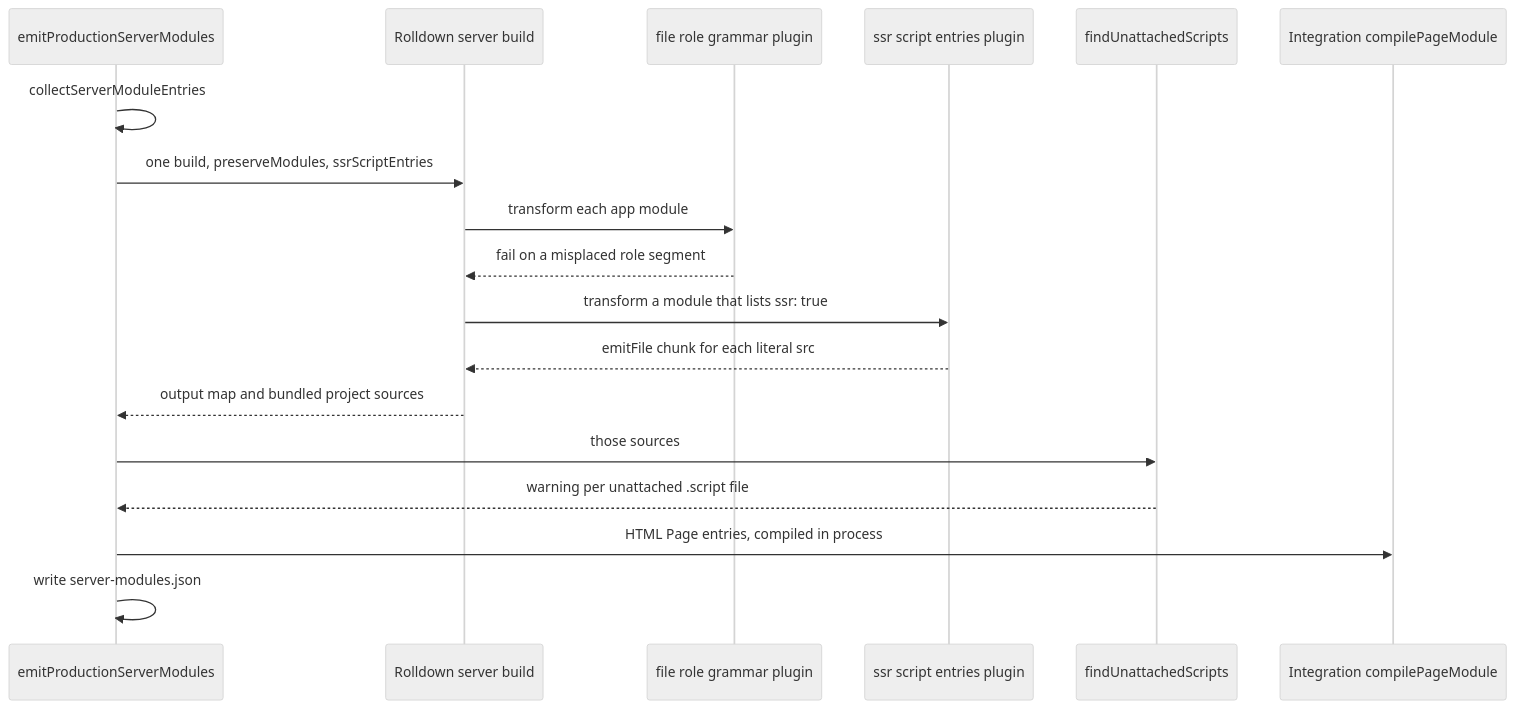
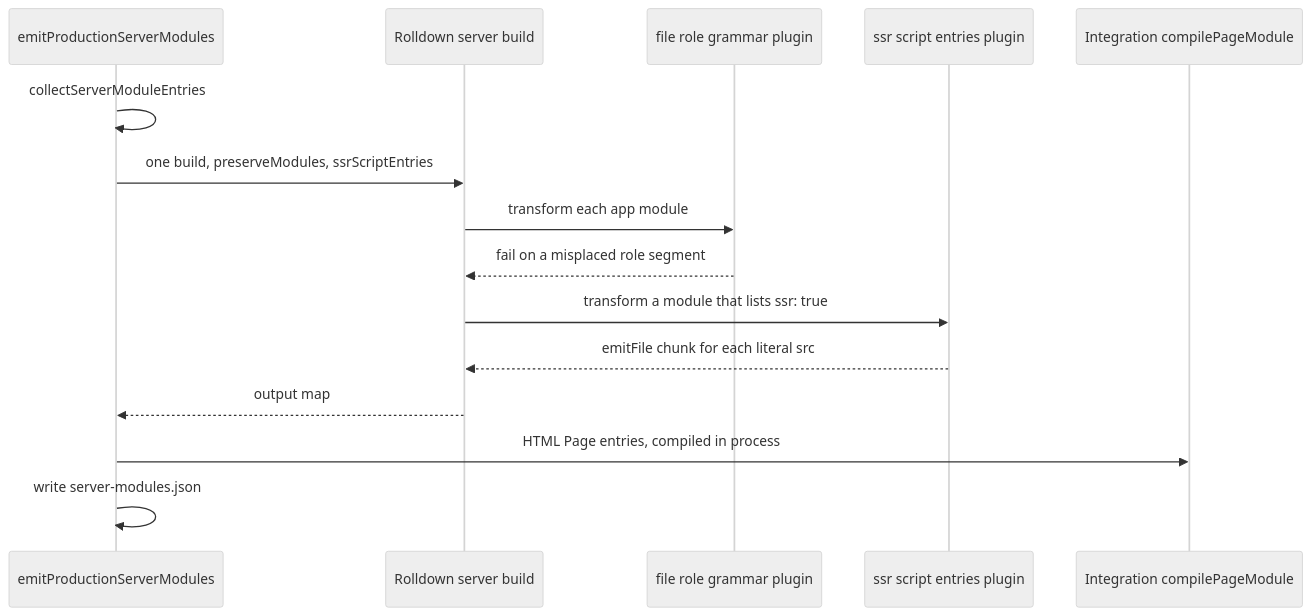
One commit to ecopages/ecopages changed the second of 6 diagrams in apps/docs/src/content/dev/build-pipeline.mdx. Above: the diagram before and after it, drawn with Mermaid (neutral theme). The commit also changed other lines of this file and 15 other files, not shown here.

First line of the commit message:
chore: remove the unattached script warning and tidy workspace config

````diff
--- a/apps/docs/src/content/dev/build-pipeline.mdx
+++ b/apps/docs/src/content/dev/build-pipeline.mdx
@@ -104,20 +103,17 @@
 ```mermaid
 sequenceDiagram
     participant E as emitProductionServerModules
     participant R as Rolldown server build
     participant G as file role grammar plugin
     participant S as ssr script entries plugin
-    participant U as findUnattachedScripts
     participant I as Integration compilePageModule
     E->>E: collectServerModuleEntries
     E->>R: one build, preserveModules, ssrScriptEntries
     R->>G: transform each app module
     G-->>R: fail on a misplaced role segment
     R->>S: transform a module that lists ssr: true
     S-->>R: emitFile chunk for each literal src
-    R-->>E: output map and bundled project sources
-    E->>U: those sources
-    U-->>E: warning per unattached .script file
+    R-->>E: output map
     E->>I: HTML Page entries, compiled in process
     E->>E: write server-modules.json
 ```
````
